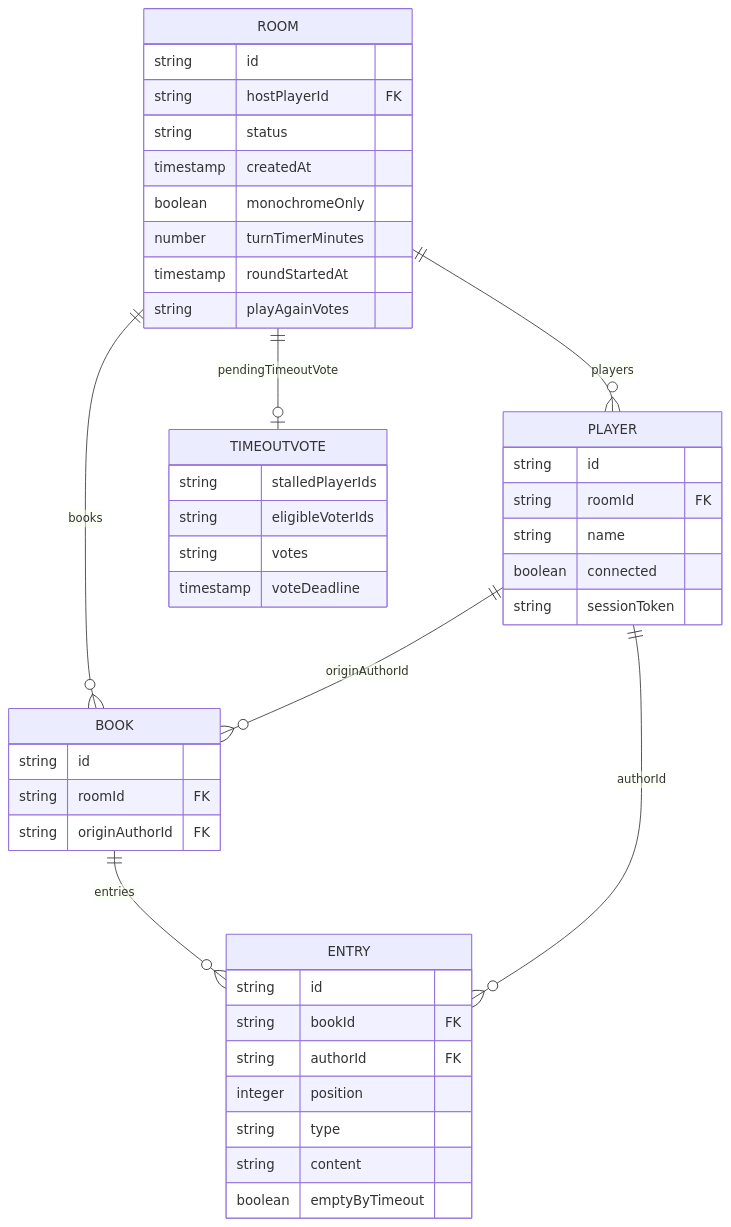
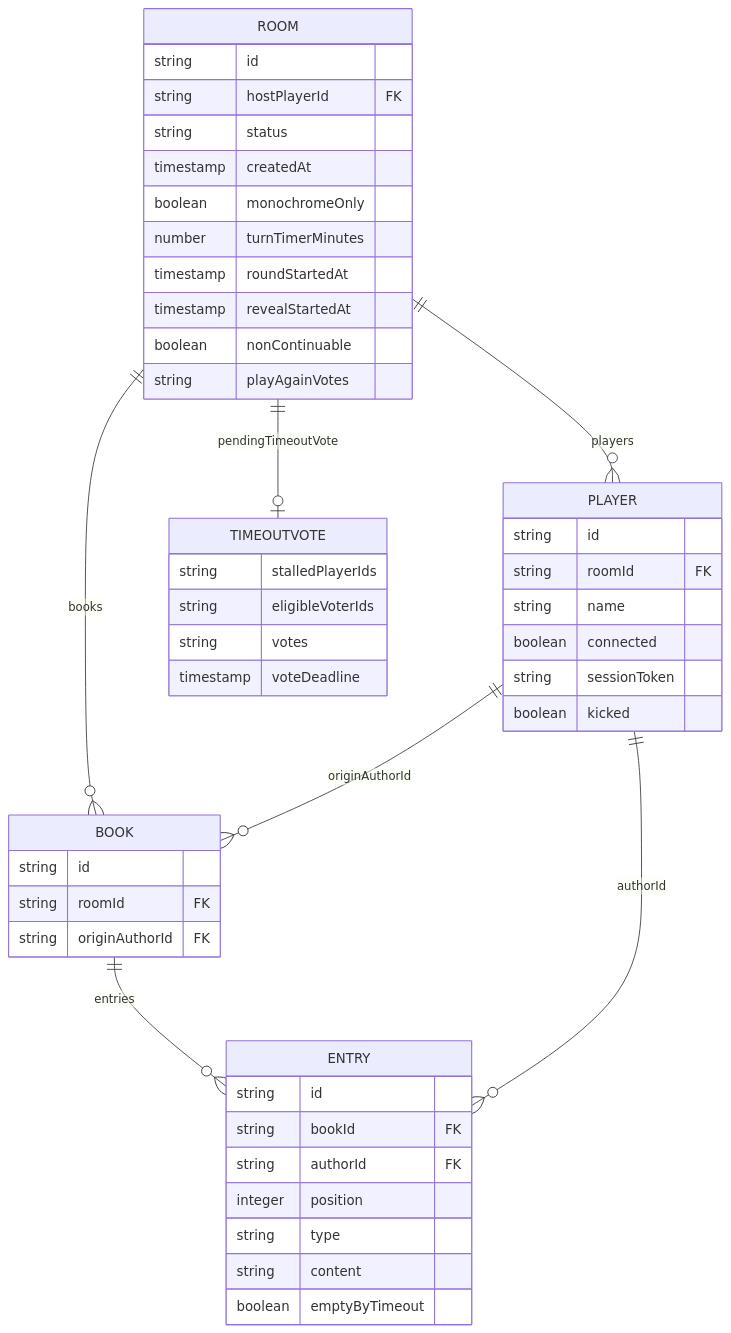
One commit to moui72/exquisite-telephone changed the first of 3 diagrams in README.md. Above: the diagram before and after it, drawn with Mermaid. The commit also changed other lines of this file and 25 other files, not shown here.

First line of the commit message:
Regenerate diagrams; commit ArDD v0.10.1 skill files

````diff
--- a/README.md
+++ b/README.md
@@ -4,47 +4,50 @@
 ```mermaid
 erDiagram
     ROOM ||--o{ PLAYER : "players"
     ROOM ||--o{ BOOK : "books"
     ROOM ||--o| TIMEOUTVOTE : "pendingTimeoutVote"
     PLAYER ||--o{ BOOK : "originAuthorId"
     BOOK ||--o{ ENTRY : "entries"
     PLAYER ||--o{ ENTRY : "authorId"
 
     ROOM {
         string id
         string hostPlayerId FK
         string status
         timestamp createdAt
         boolean monochromeOnly
         number turnTimerMinutes
         timestamp roundStartedAt
+        timestamp revealStartedAt
+        boolean nonContinuable
         string playAgainVotes
     }
     PLAYER {
         string id
         string roomId FK
         string name
         boolean connected
         string sessionToken
+        boolean kicked
     }
     BOOK {
         string id
         string roomId FK
         string originAuthorId FK
     }
     ENTRY {
         string id
         string bookId FK
         string authorId FK
         integer position
         string type
         string content
         boolean emptyByTimeout
     }
     TIMEOUTVOTE {
         string stalledPlayerIds
         string eligibleVoterIds
         string votes
         timestamp voteDeadline
     }
 ```
````
